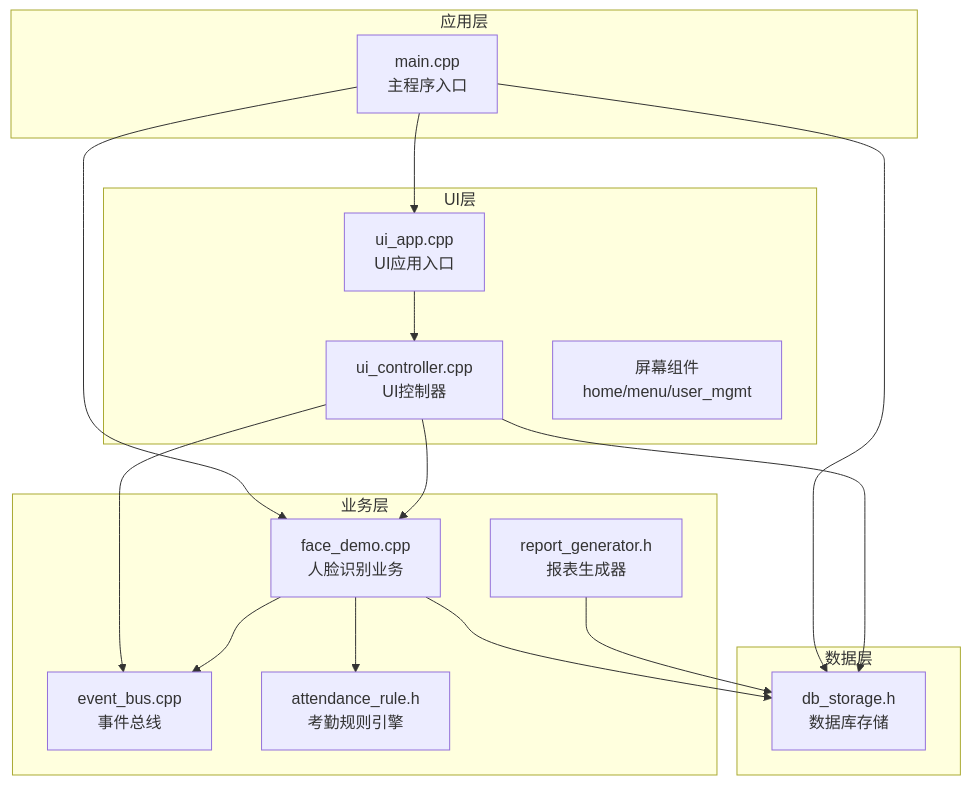
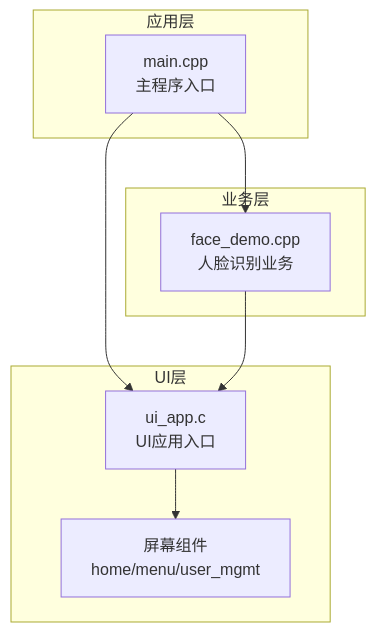
Before and after one commit to Drunk552/SmartAttendance: the first of 6 diagrams in .qoder/repowiki/zh/content/系统架构设计/系统架构设计.md, drawn with Mermaid. The commit also changed other lines of this file and 26 other files, not shown here.

````diff
--- a/.qoder/repowiki/zh/content/系统架构设计/系统架构设计.md
+++ b/.qoder/repowiki/zh/content/系统架构设计/系统架构设计.md
@@ -41,31 +42,17 @@
 ```mermaid
 graph TB
 subgraph "应用层"
 Main[main.cpp<br/>主程序入口]
 end
 subgraph "UI层"
-UIApp[ui_app.cpp<br/>UI应用入口]
-UIController[ui_controller.cpp<br/>UI控制器]
+UIApp[ui_app.c<br/>UI应用入口]
 Screens[屏幕组件<br/>home/menu/user_mgmt]
 end
 subgraph "业务层"
-EventBus[event_bus.cpp<br/>事件总线]
 FaceDemo[face_demo.cpp<br/>人脸识别业务]
-AttendanceRule[attendance_rule.h<br/>考勤规则引擎]
-ReportGen[report_generator.h<br/>报表生成器]
-end
-subgraph "数据层"
-DBStorage[db_storage.h<br/>数据库存储]
 end
 Main --> UIApp
 Main --> FaceDemo
-Main --> DBStorage
-UIApp --> UIController
-UIController --> EventBus
-UIController --> FaceDemo
-UIController --> DBStorage
-FaceDemo --> EventBus
-FaceDemo --> DBStorage
-FaceDemo --> AttendanceRule
-ReportGen --> DBStorage
+UIApp --> Screens
+FaceDemo --> UIApp
 ```
````
